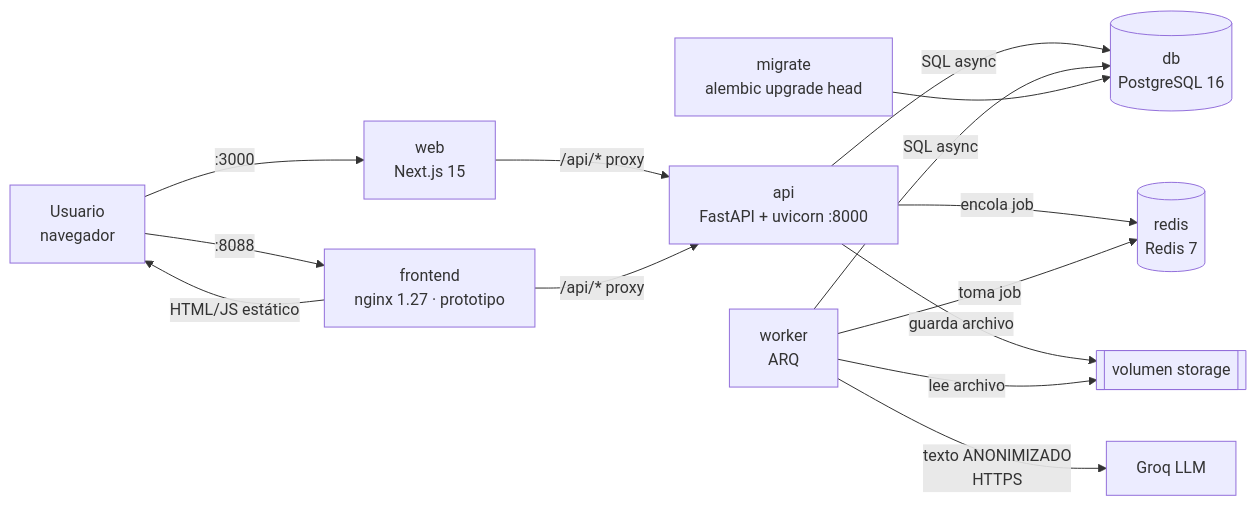
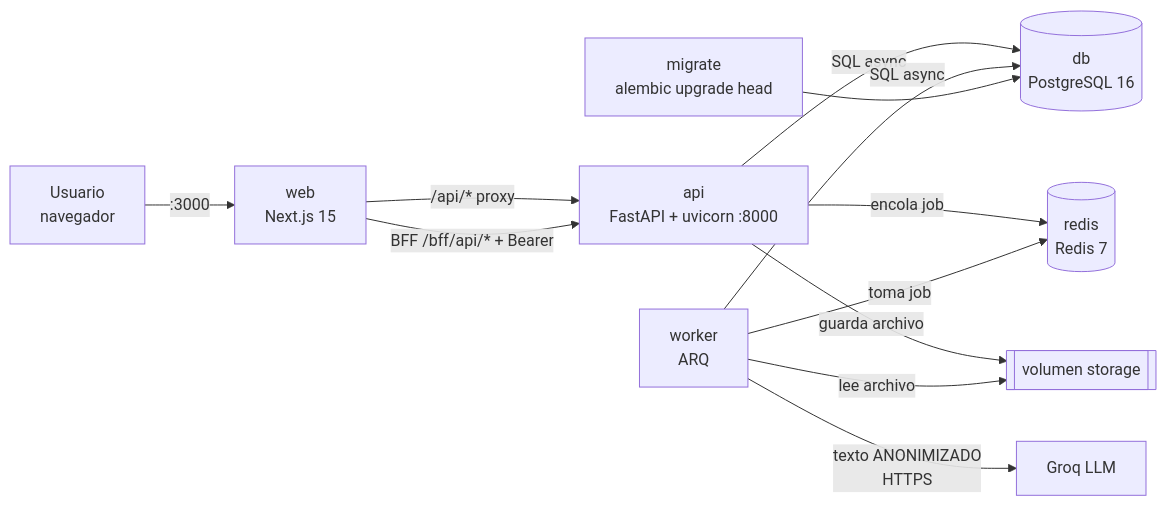
Before and after one commit to jerReyDuoc/Capstone: the first of 5 diagrams in Proyecto/README.md, drawn with Mermaid. The commit also changed other lines of this file and 59 other files, not shown here.

````diff
--- a/Proyecto/README.md
+++ b/Proyecto/README.md
@@ -109,16 +109,14 @@
 ```mermaid
 flowchart LR
     U[Usuario<br/>navegador] -->|:3000| P[web<br/>Next.js 15]
     P -->|/api/* proxy| A
-    U -->|:8088| N[frontend<br/>nginx 1.27 · prototipo]
-    N -->|HTML/JS estático| U
-    N -->|/api/* proxy| A[api<br/>FastAPI + uvicorn :8000]
+    P -->|BFF /bff/api/* + Bearer| A[api<br/>FastAPI + uvicorn :8000]
     A -->|SQL async| DB[(db<br/>PostgreSQL 16)]
     A -->|encola job| R[(redis<br/>Redis 7)]
     A -->|guarda archivo| S[[volumen storage]]
     W[worker<br/>ARQ] -->|toma job| R
     W -->|lee archivo| S
     W -->|SQL async| DB
     W -->|texto ANONIMIZADO<br/>HTTPS| G[Groq LLM]
     M[migrate<br/>alembic upgrade head] --> DB
 ```
````
